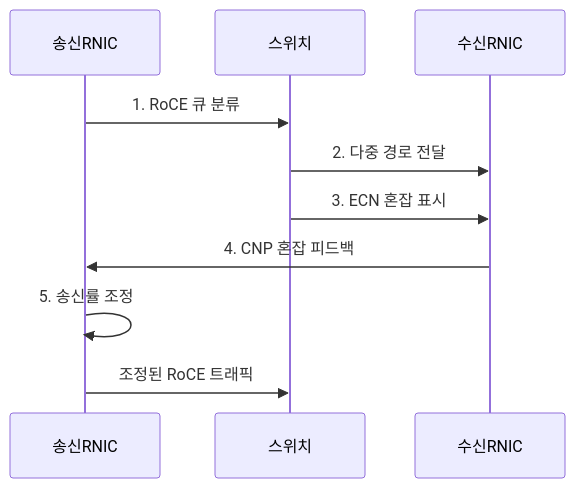
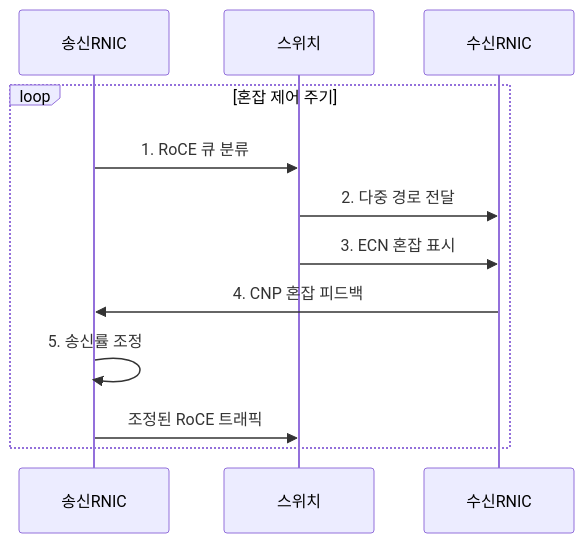
The second of 2 diagrams in src/content/docs/notes/04-network/103_roce.md (agnusdei1207/knowledge-base), drawn with Mermaid before and after one commit. The commit also changed other lines of this file and 11 other files, not shown here.

````diff
--- a/src/content/docs/notes/04-network/103_roce.md
+++ b/src/content/docs/notes/04-network/103_roce.md
@@ -110,12 +110,14 @@
 ```mermaid
 sequenceDiagram
     participant 송신RNIC
     participant 스위치
     participant 수신RNIC
-    송신RNIC->>스위치: 1. RoCE 큐 분류
-    스위치->>수신RNIC: 2. 다중 경로 전달
-    스위치->>수신RNIC: 3. ECN 혼잡 표시
-    수신RNIC->>송신RNIC: 4. CNP 혼잡 피드백
-    송신RNIC->>송신RNIC: 5. 송신률 조정
-    송신RNIC->>스위치: 조정된 RoCE 트래픽
+    loop 혼잡 제어 주기
+        송신RNIC->>스위치: 1. RoCE 큐 분류
+        스위치->>수신RNIC: 2. 다중 경로 전달
+        스위치->>수신RNIC: 3. ECN 혼잡 표시
+        수신RNIC->>송신RNIC: 4. CNP 혼잡 피드백
+        송신RNIC->>송신RNIC: 5. 송신률 조정
+        송신RNIC->>스위치: 조정된 RoCE 트래픽
+    end
 ```
````
